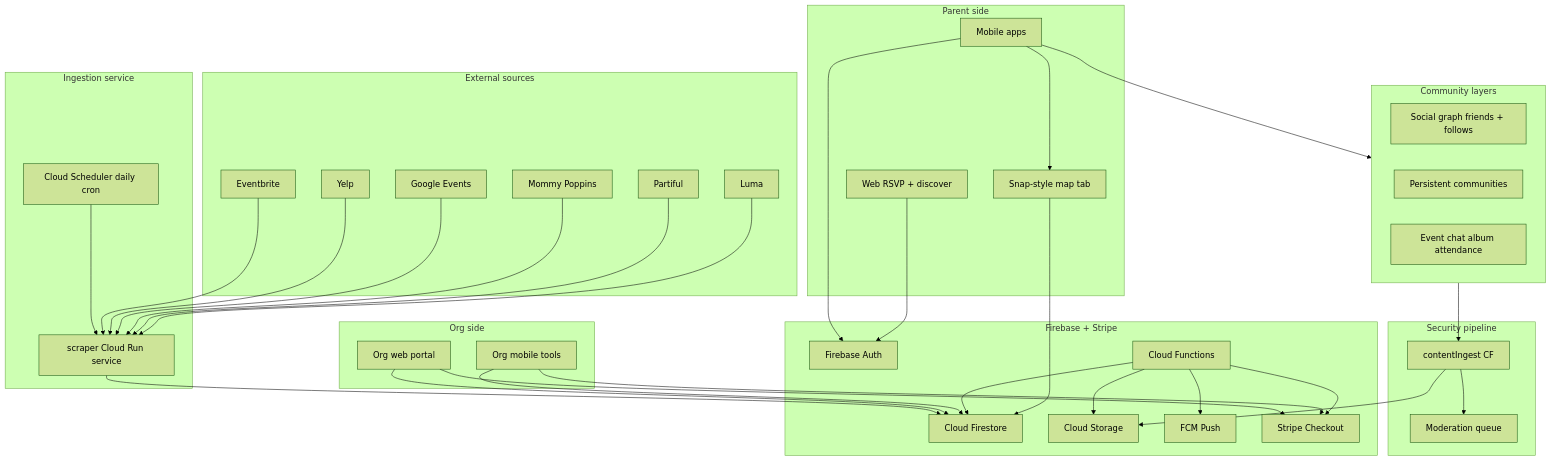
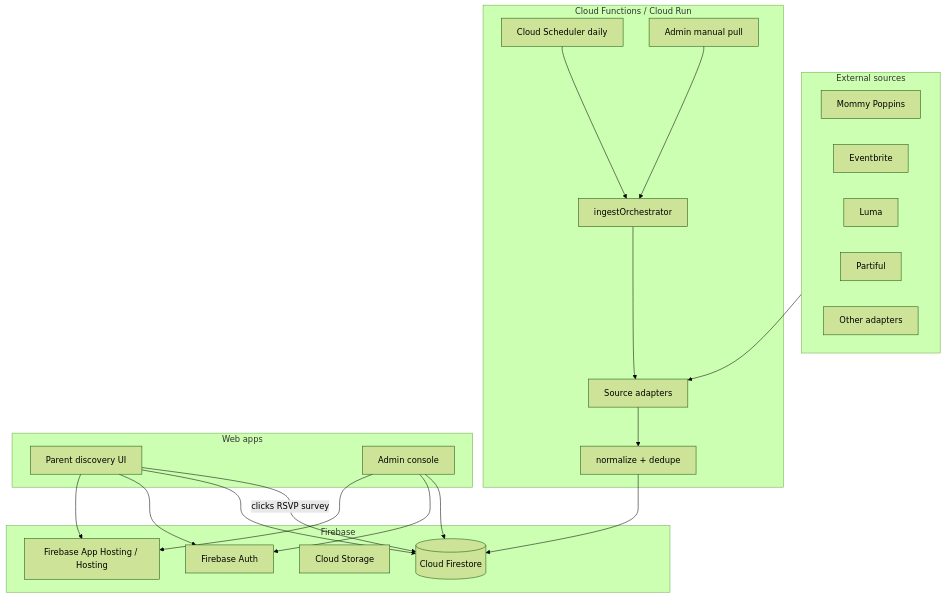
The first of 3 diagrams in PLAN.md (smmoose1/recess), drawn with Mermaid (forest theme) before and after one commit. The commit also changed other lines of this file and 64 other files, not shown here.

First line of the commit message:
Ship RECESS MVP: parent feed, admin console, scrapers, and hosting.

````diff
--- a/PLAN.md
+++ b/PLAN.md
@@ -17,72 +32,44 @@
 ```mermaid
 flowchart TB
     subgraph sources [External sources]
+        MommyPoppins[Mommy Poppins]
         Eventbrite
-        Yelp
-        GoogleEvents[Google Events]
-        MommyPoppins[Mommy Poppins]
+        Luma
         Partiful
-        Luma
+        Others[Other adapters]
     end
 
-    subgraph community [Community layers]
-        SocialGraph[Social graph friends + follows]
-        PersistentComm[Persistent communities]
-        EventComm[Event chat album attendance]
+    subgraph jobs [Cloud Functions / Cloud Run]
+        Scheduler[Cloud Scheduler daily]
+        ManualTrigger[Admin manual pull]
+        Orchestrator[ingestOrchestrator]
+        Adapters[Source adapters]
+        Normalize[normalize + dedupe]
     end
 
-    subgraph security [Security pipeline]
-        ContentIngest[contentIngest CF]
-        ModQueue[Moderation queue]
+    subgraph data [Firebase]
+        Auth[Firebase Auth]
+        Firestore[(Cloud Firestore)]
+        Storage[Cloud Storage]
+        Hosting[Firebase App Hosting / Hosting]
     end
 
-    subgraph consumers [Parent side]
-        ParentApp[Mobile apps]
-        ParentWeb[Web RSVP + discover]
-        SnapMap[Snap-style map tab]
+    subgraph clients [Web apps]
+        ParentUI[Parent discovery UI]
+        AdminUI[Admin console]
     end
 
-    subgraph creators [Org side]
-        OrgWeb[Org web portal]
-        OrgMobile[Org mobile tools]
-    end
-
-    subgraph ingest [Ingestion service]
-        Scheduler[Cloud Scheduler daily cron]
-        ScraperSvc[scraper Cloud Run service]
-    end
-
-    subgraph platform [Firebase + Stripe]
-        Auth[Firebase Auth]
-        Firestore[Cloud Firestore]
-        Storage[Cloud Storage]
-        Functions[Cloud Functions]
-        FCM[FCM Push]
-        Stripe[Stripe Checkout]
-    end
-
-    Scheduler --> ScraperSvc
-    Eventbrite --> ScraperSvc
-    Yelp --> ScraperSvc
-    GoogleEvents --> ScraperSvc
-    MommyPoppins --> ScraperSvc
-    Partiful --> ScraperSvc
-    Luma --> ScraperSvc
-    ScraperSvc --> Firestore
-    ParentApp --> SnapMap
-    ParentApp --> community
-    community --> ContentIngest
-    ContentIngest --> ModQueue
-    ContentIngest --> Storage
-    ParentApp --> Auth
-    ParentWeb --> Auth
-    OrgWeb --> Firestore
-    OrgWeb --> Stripe
-    OrgMobile --> Firestore
-    OrgMobile --> Stripe
-    Functions --> Firestore
-    Functions --> Storage
-    Functions --> FCM
-    Functions --> Stripe
-    SnapMap --> Firestore
+    Scheduler --> Orchestrator
+    ManualTrigger --> Orchestrator
+    Orchestrator --> Adapters
+    sources --> Adapters
+    Adapters --> Normalize
+    Normalize --> Firestore
+    ParentUI --> Hosting
+    AdminUI --> Hosting
+    ParentUI --> Auth
+    AdminUI --> Auth
+    ParentUI --> Firestore
+    AdminUI --> Firestore
+    ParentUI -->|clicks RSVP survey| Firestore
 ```
````
